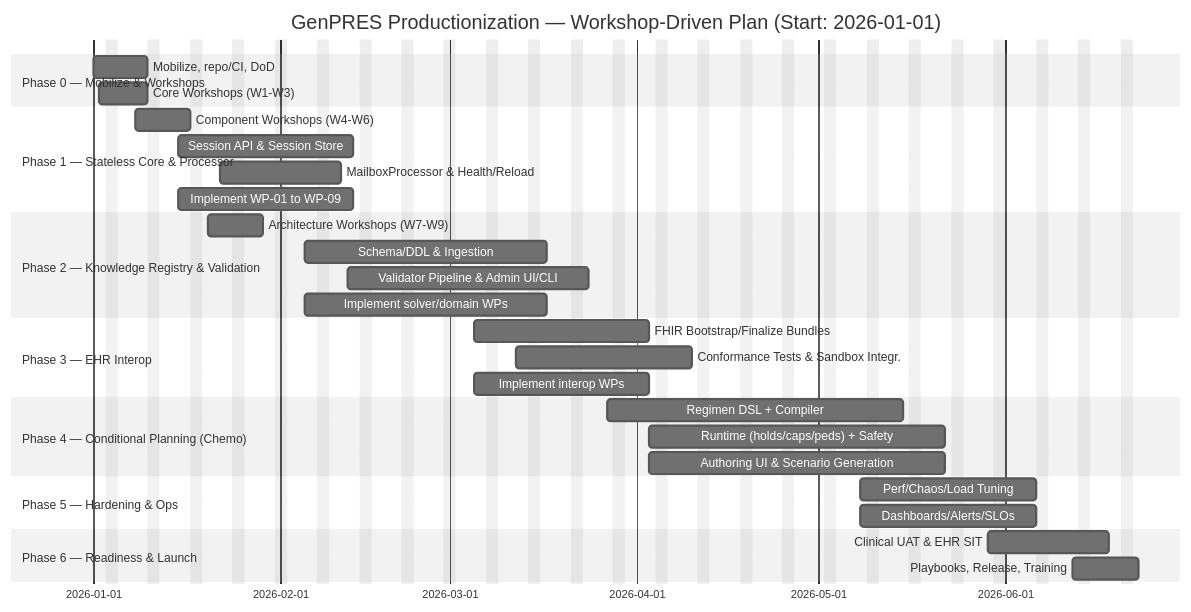
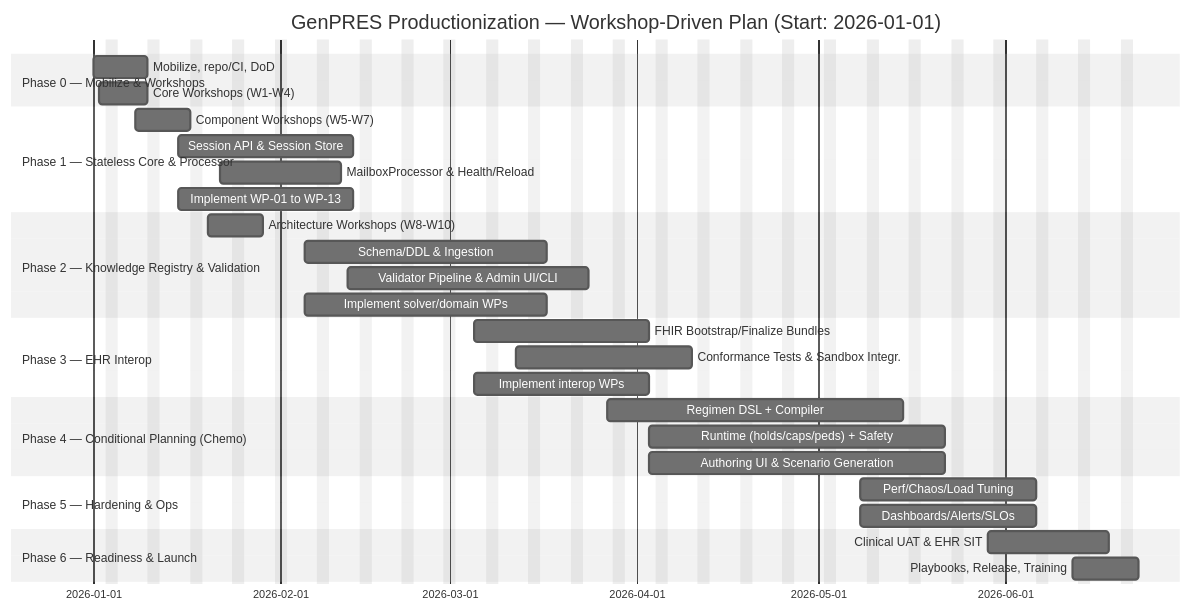
One commit to informedica/GenPRES changed the diagram in docs/roadmap/genpres-production-plan-2026-v3.md. Above: the diagram before and after it, drawn with Mermaid (neutral theme). The commit also changed other lines of this file and 9 other files, not shown here.

````diff
--- a/docs/roadmap/genpres-production-plan-2026-v3.md
+++ b/docs/roadmap/genpres-production-plan-2026-v3.md
@@ -308,40 +322,40 @@
 ```mermaid
 gantt
     title GenPRES Productionization — Workshop-Driven Plan (Start: 2026-01-01)
     dateFormat  YYYY-MM-DD
     excludes    weekends
 
     section Phase 0 — Mobilize & Workshops
     Mobilize, repo/CI, DoD                 :p0a, 2026-01-01, 7d
-    Core Workshops (W1-W3)                 :p0b, 2026-01-02, 6d
+    Core Workshops (W1-W4)                 :p0b, 2026-01-02, 6d
     
     section Phase 1 — Stateless Core & Processor
-    Component Workshops (W4-W6)            :p1w, 2026-01-08, 7d
+    Component Workshops (W5-W7)            :p1w, 2026-01-08, 7d
     Session API & Session Store            :p1a, 2026-01-15, 21d
     MailboxProcessor & Health/Reload       :p1b, 2026-01-22, 14d
-    Implement WP-01 to WP-09               :p1c, 2026-01-15, 21d
+    Implement WP-01 to WP-13               :p1c, 2026-01-15, 21d
 
     section Phase 2 — Knowledge Registry & Validation
-    Architecture Workshops (W7-W9)         :p2w, 2026-01-20, 7d
+    Architecture Workshops (W8-W10)        :p2w, 2026-01-20, 7d
     Schema/DDL & Ingestion                 :p2a, 2026-02-05, 28d
     Validator Pipeline & Admin UI/CLI      :p2b, 2026-02-12, 28d
     Implement solver/domain WPs            :p2c, 2026-02-05, 28d
 
     section Phase 3 — EHR Interop
     FHIR Bootstrap/Finalize Bundles        :p3a, 2026-03-05, 21d
     Conformance Tests & Sandbox Integr.    :p3b, 2026-03-12, 21d
     Implement interop WPs                  :p3c, 2026-03-05, 21d
 
     section Phase 4 — Conditional Planning (Chemo)
     Regimen DSL + Compiler                 :p4a, 2026-03-27, 35d
     Runtime (holds/caps/peds) + Safety     :p4b, 2026-04-03, 35d
     Authoring UI & Scenario Generation     :p4c, 2026-04-03, 35d
 
     section Phase 5 — Hardening & Ops
     Perf/Chaos/Load Tuning                 :p5a, 2026-05-08, 21d
     Dashboards/Alerts/SLOs                 :p5b, 2026-05-08, 21d
 
     section Phase 6 — Readiness & Launch
     Clinical UAT & EHR SIT                 :p6a, 2026-05-29, 14d
     Playbooks, Release, Training           :p6b, 2026-06-12, 7d
 ```
````
